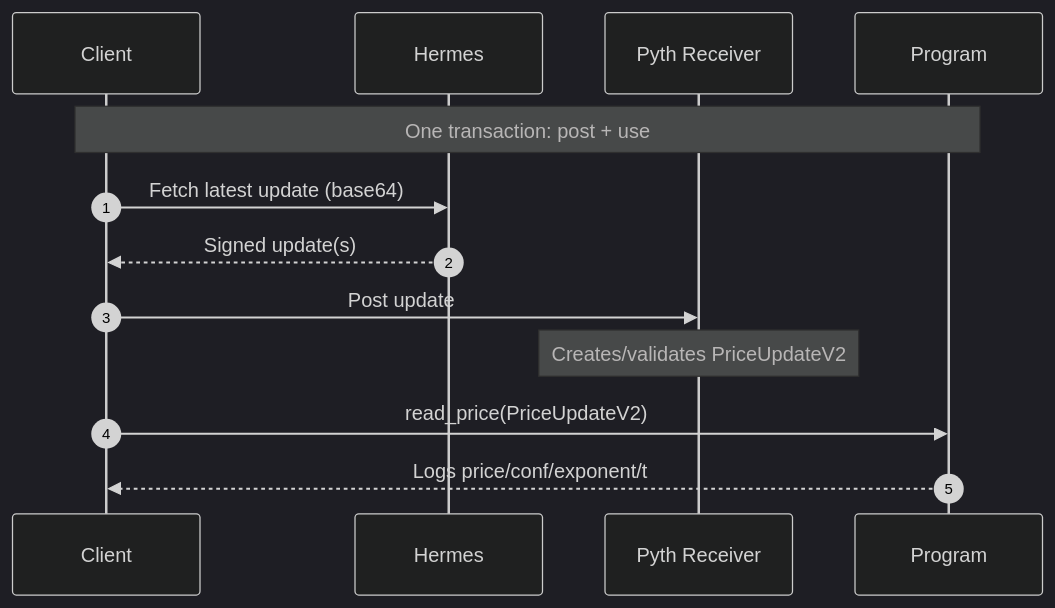
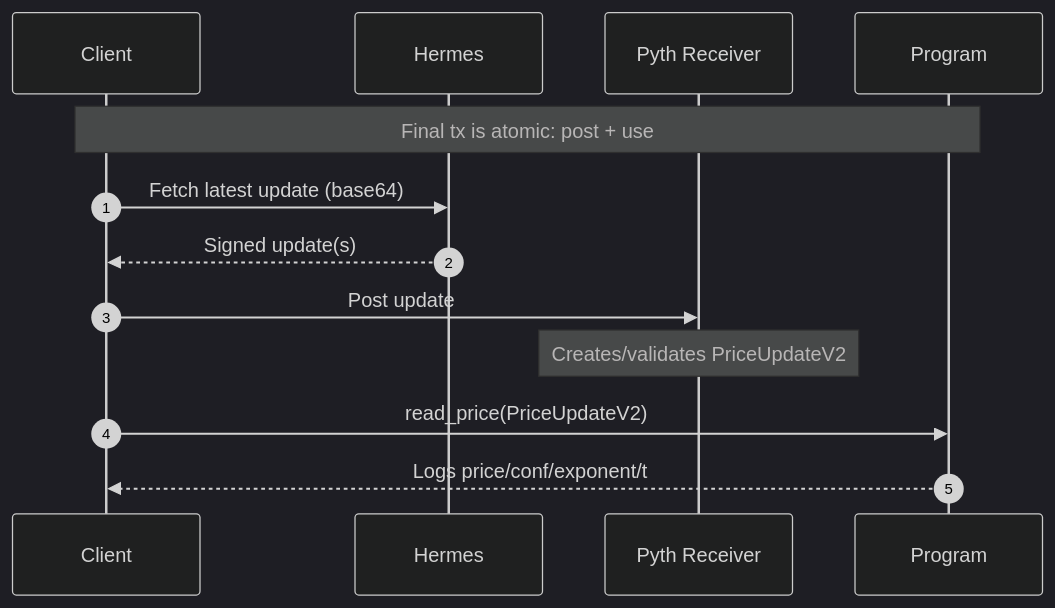
The diagram in README.md (nicoalba/pyth-price-solana), drawn with Mermaid (dark theme) before and after one commit. The commit also changed other lines of this file, not shown here.

````diff
--- a/README.md
+++ b/README.md
@@ -32,17 +32,17 @@
 ```mermaid
 sequenceDiagram
   autonumber
   participant Client
   participant Hermes
   participant Receiver as Pyth Receiver
   participant Program
 
-  Note over Client,Program: One transaction: post + use
+  Note over Client,Program: Final tx is atomic: post + use
 
   Client->>Hermes: Fetch latest update (base64)
   Hermes-->>Client: Signed update(s)
   Client->>Receiver: Post update
   Note over Receiver: Creates/validates PriceUpdateV2
   Client->>Program: read_price(PriceUpdateV2)
   Program-->>Client: Logs price/conf/exponent/t
 ```
````
